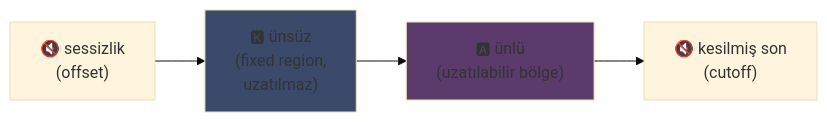
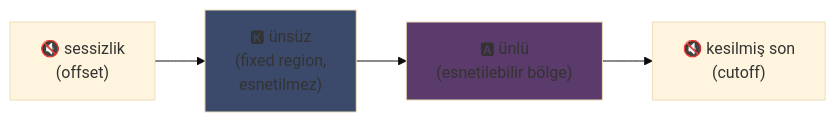
The first of 2 diagrams in public/articles/tr/utau.md (fox3000foxy/fox3000foxy.github.io), drawn with Mermaid (base theme) before and after one commit. The commit also changed other lines of this file and 576 other files, not shown here.

````diff
--- a/public/articles/tr/utau.md
+++ b/public/articles/tr/utau.md
@@ -81,8 +81,8 @@
 ```mermaid
 flowchart LR
-    A["🔇 sessizlik<br/>(offset)"] --> B["🅺 ünsüz<br/>(fixed region,<br/>uzatılmaz)"]
-    B --> C["🅰 ünlü<br/>(uzatılabilir bölge)"]
+    A["🔇 sessizlik<br/>(offset)"] --> B["🅺 ünsüz<br/>(fixed region,<br/>esnetilmez)"]
+    B --> C["🅰 ünlü<br/>(esnetilebilir bölge)"]
     C --> D["🔇 kesilmiş son<br/>(cutoff)"]
     style B fill:#3b4a6b
     style C fill:#5b3b6b
 ```
````
